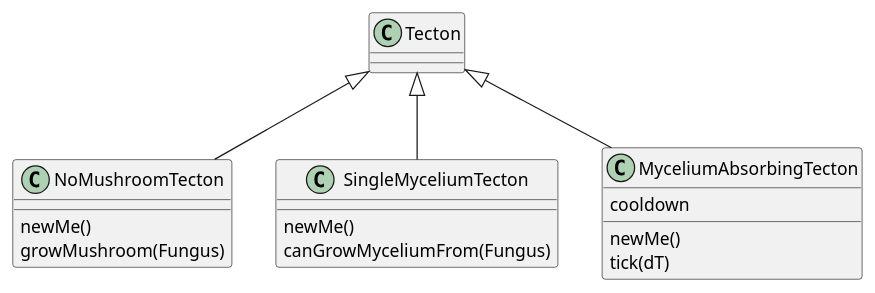
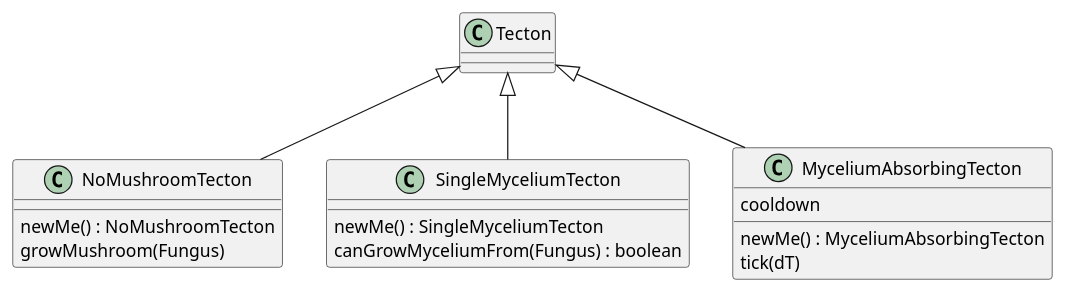
The diagram in Tecton/special-tecton-classes.pu (ZD4ve/projlab-error521), drawn with PlantUML before and after one commit. The commit also changed 2 other files, not shown here.

```diff
--- a/Tecton/special-tecton-classes.pu
+++ b/Tecton/special-tecton-classes.pu
@@ -1,22 +1,22 @@
 @startuml Tecton/special-tecton-classes
 
 class Tecton
 class NoMushroomTecton {
-    newMe()
+    newMe() : NoMushroomTecton
     growMushroom(Fungus)
 }
 class SingleMyceliumTecton {
-    newMe()
-    canGrowMyceliumFrom(Fungus)
+    newMe() : SingleMyceliumTecton
+    canGrowMyceliumFrom(Fungus) : boolean
 }
 class MyceliumAbsorbingTecton {
     cooldown
-    newMe()
+    newMe() : MyceliumAbsorbingTecton
     tick(dT)
 }
 
 Tecton <|-- NoMushroomTecton
 Tecton <|-- SingleMyceliumTecton
 Tecton <|-- MyceliumAbsorbingTecton
 
 @enduml
```
